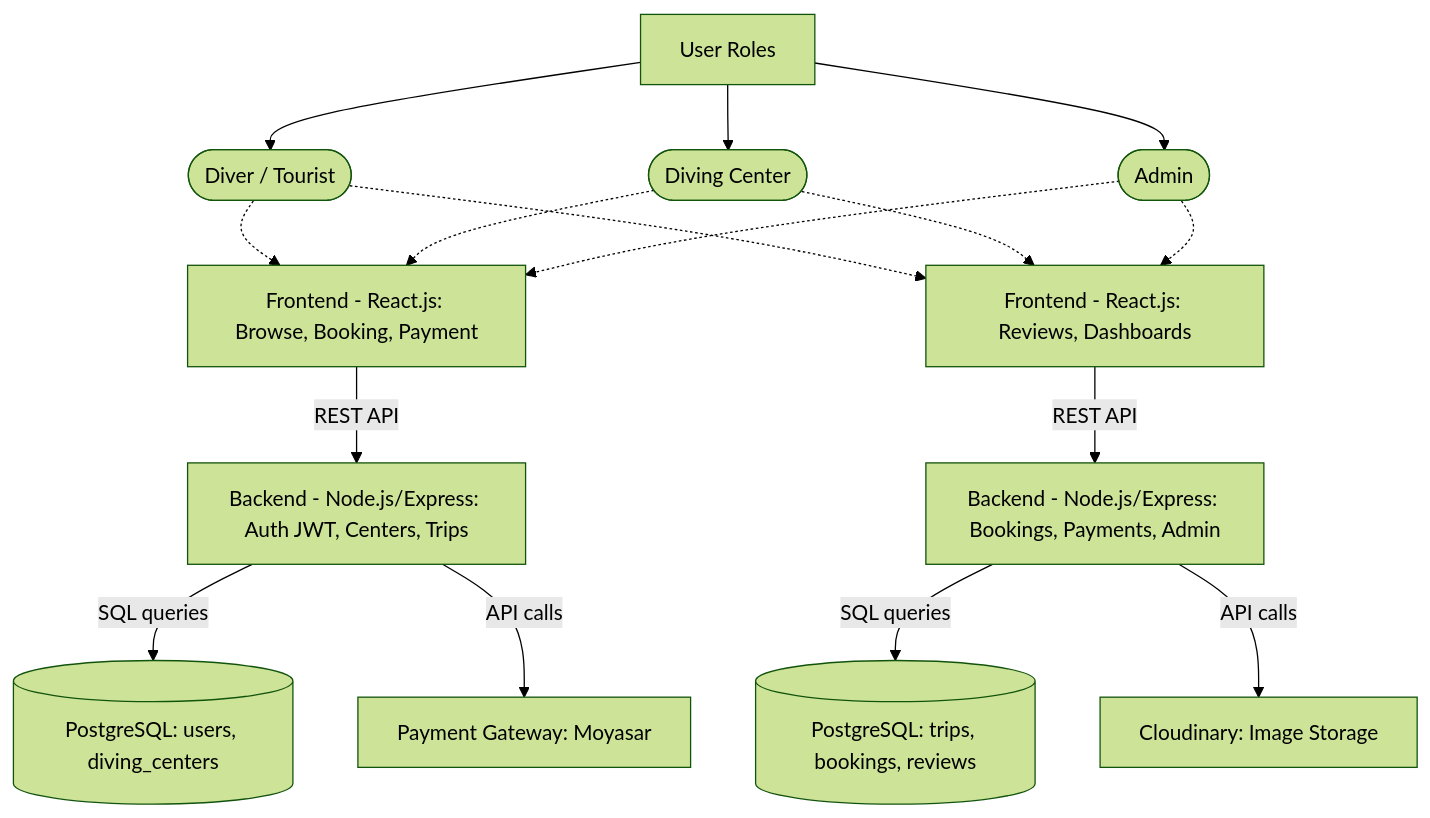
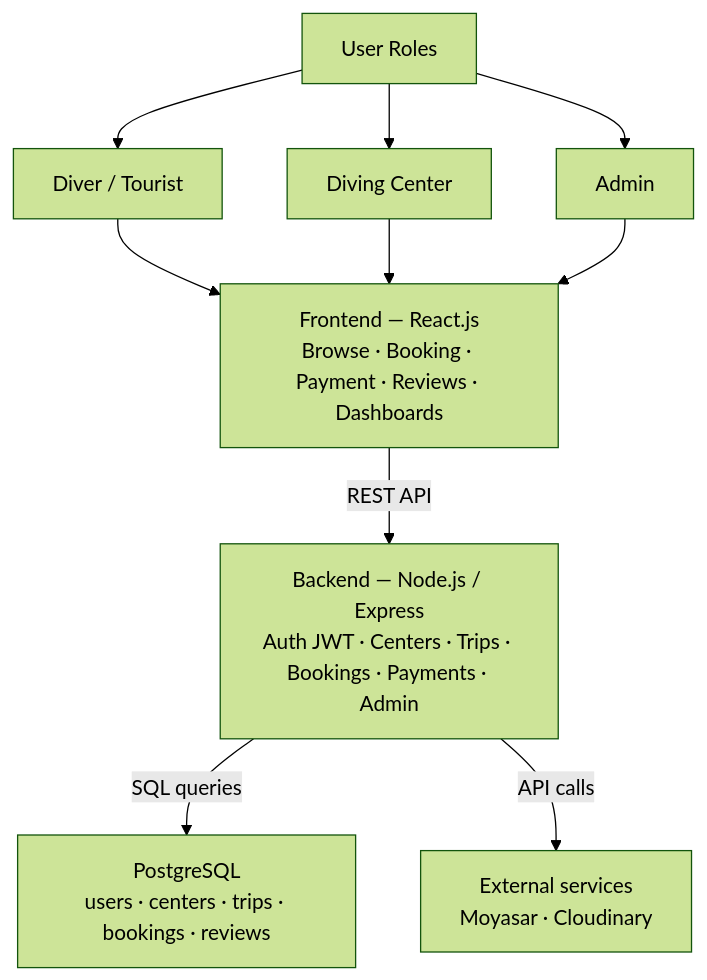
Before and after one commit to laradreamer79/Portfolio-Project: the first of 6 diagrams in stage3/README.md, drawn with Mermaid (forest theme).

Commit message:
update: sync system architecture diagram from develop to main

````diff
--- a/stage3/README.md
+++ b/stage3/README.md
@@ -81,33 +81,29 @@
 ```mermaid
 flowchart TB
     Roles[User Roles]
 
-    Roles --> actor1([Diver / Tourist])
-    Roles --> actor2([Diving Center])
-    Roles --> actor3([Admin])
+    Roles --> actor1[Diver / Tourist]
+    Roles --> actor2[Diving Center]
+    Roles --> actor3[Admin]
 
-    F1[Frontend - React.js: Browse, Booking, Payment]
-    F2[Frontend - React.js: Reviews, Dashboards]
-    B1[Backend - Node.js/Express: Auth JWT, Centers, Trips]
-    B2[Backend - Node.js/Express: Bookings, Payments, Admin]
-    D1[(PostgreSQL: users, diving_centers)]
-    D2[(PostgreSQL: trips, bookings, reviews)]
-    E1[Payment Gateway: Moyasar]
-    E2[Cloudinary: Image Storage]
+    actor1 --> FE
+    actor2 --> FE
+    actor3 --> FE
 
-    actor1 -.-> F1
-    actor1 -.-> F2
-    actor2 -.-> F1
-    actor2 -.-> F2
-    actor3 -.-> F1
-    actor3 -.-> F2
+    FE["Frontend — React.js
+Browse · Booking · Payment · Reviews · Dashboards"]
 
-    F1 -->|REST API| B1
-    F2 -->|REST API| B2
+    FE -->|REST API| BE
 
-    B1 -->|SQL queries| D1
-    B2 -->|SQL queries| D2
+    BE["Backend — Node.js / Express
+Auth JWT · Centers · Trips · Bookings · Payments · Admin"]
 
-    B1 -->|API calls| E1
-    B2 -->|API calls| E2
+    BE -->|SQL queries| DB
+    BE -->|API calls| EXT
+
+    DB["PostgreSQL
+users · centers · trips · bookings · reviews"]
+
+    EXT["External services
+Moyasar · Cloudinary"]
 ```
````
